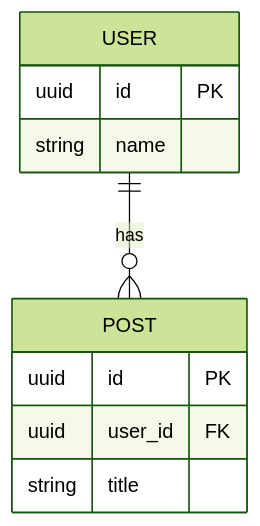
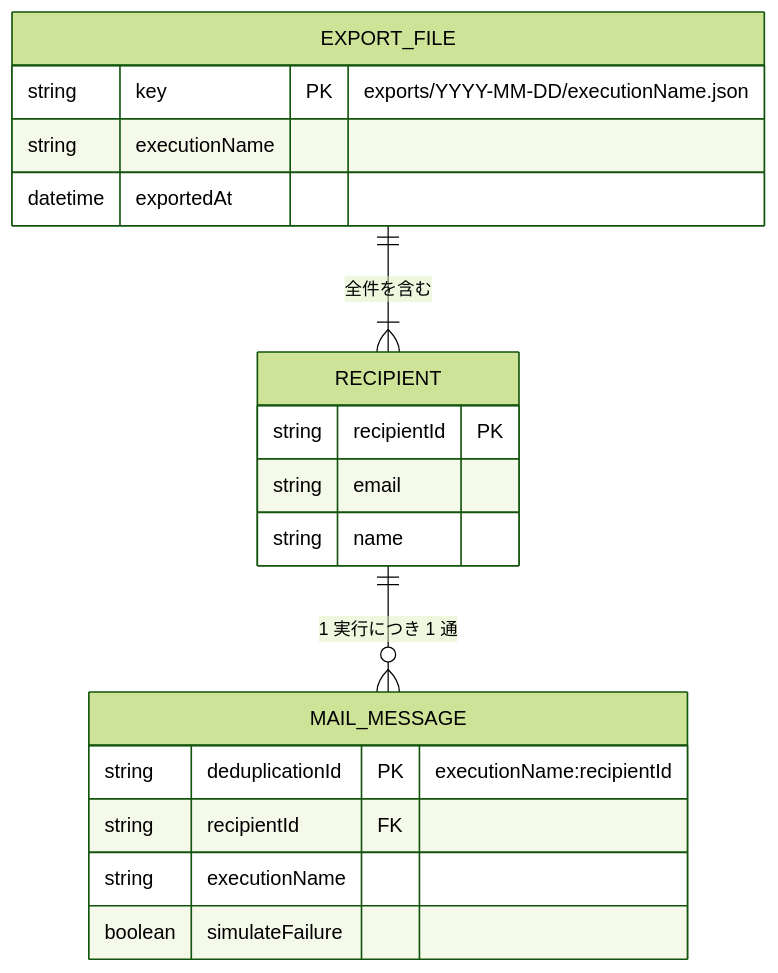
Before and after one commit to kojikawazu/serverless-practice-app: the first of 2 diagrams in docs/05-data-specification.md, drawn with Mermaid (forest theme). The commit also changed other lines of this file and 9 other files, not shown here.

````diff
--- a/docs/05-data-specification.md
+++ b/docs/05-data-specification.md
@@ -26,13 +26,21 @@
 ```mermaid
 erDiagram
-    USER ||--o{ POST : "has"
-    USER {
-        uuid id PK
+    RECIPIENT ||--o{ MAIL_MESSAGE : "1 実行につき 1 通"
+    EXPORT_FILE ||--|{ RECIPIENT : "全件を含む"
+    RECIPIENT {
+        string recipientId PK
+        string email
         string name
     }
-    POST {
-        uuid id PK
-        uuid user_id FK
-        string title
+    MAIL_MESSAGE {
+        string deduplicationId PK "executionName:recipientId"
+        string recipientId FK
+        string executionName
+        boolean simulateFailure
+    }
+    EXPORT_FILE {
+        string key PK "exports/YYYY-MM-DD/executionName.json"
+        string executionName
+        datetime exportedAt
     }
 ```
````
